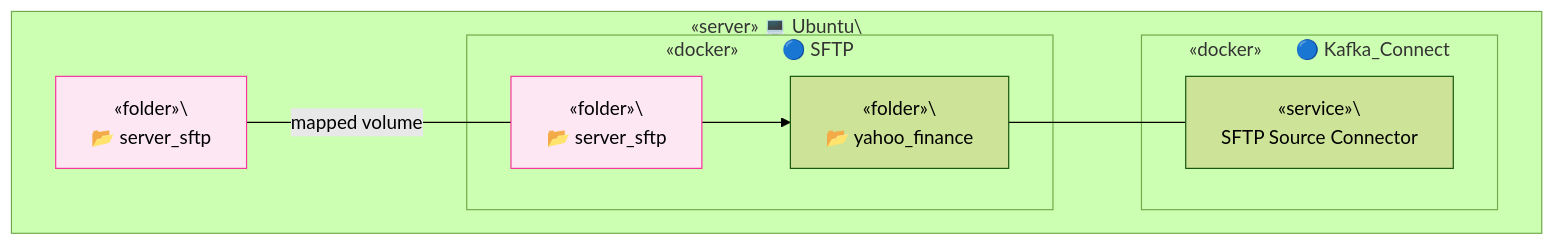
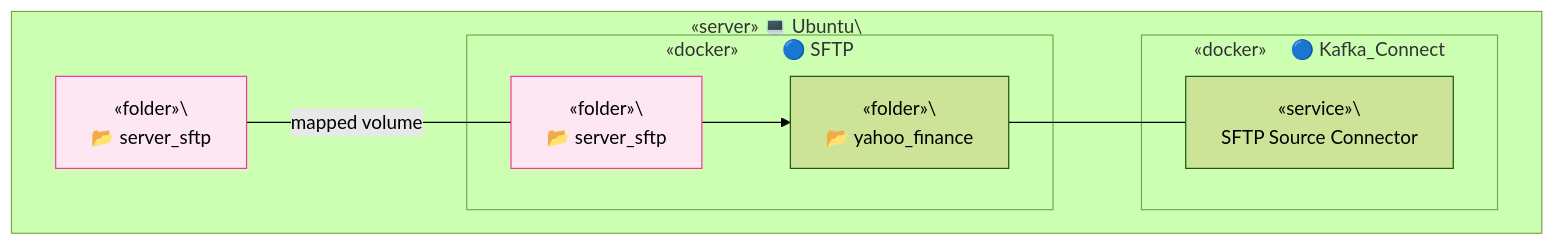
The fifth of 5 diagrams in server_sftp/README.md (TrulyDigital/DATA_STREET), drawn with Mermaid (forest theme) before and after one commit.

Commit message:
feat: server-sftp uptade

````diff
--- a/server_sftp/README.md
+++ b/server_sftp/README.md
@@ -96,24 +96,24 @@
 ```mermaid
 graph TD
     subgraph Container_A [«server» 💻 Ubuntu\<br/>]
         A1[«folder»\<br/> 📂 server_sftp]
         A1:::note_a1
 
         subgraph Container_B [«docker»&nbsp;&nbsp;&nbsp;&nbsp;&nbsp;&nbsp;&nbsp;&nbsp;&nbsp;🔵 SFTP]
             B1[«folder»\<br/> 📂 server_sftp]
             B1:::note_b1
             B2[«folder»\<br/> 📂 yahoo_finance]
         end
 
-        subgraph Container_C [«docker»&nbsp;&nbsp;&nbsp;&nbsp;&nbsp;&nbsp;&nbsp;🔵 Kafka_Connect]
+        subgraph Container_C [«docker»&nbsp;&nbsp;&nbsp;&nbsp;&nbsp;🔵 Kafka_Connect]
             C1[«service»\<br/> SFTP Source Connector]
         end
 
         A1 -- mapped volume --- B1
         B1 --> B2
         B2 --- C1
 
         classDef note_a1 fill:#fce7f3,stroke:#f6339a,stroke-width:1px;
         classDef note_b1 fill:#fce7f3,stroke:#f6339a,stroke-width:1px;
     end
 ```
````
